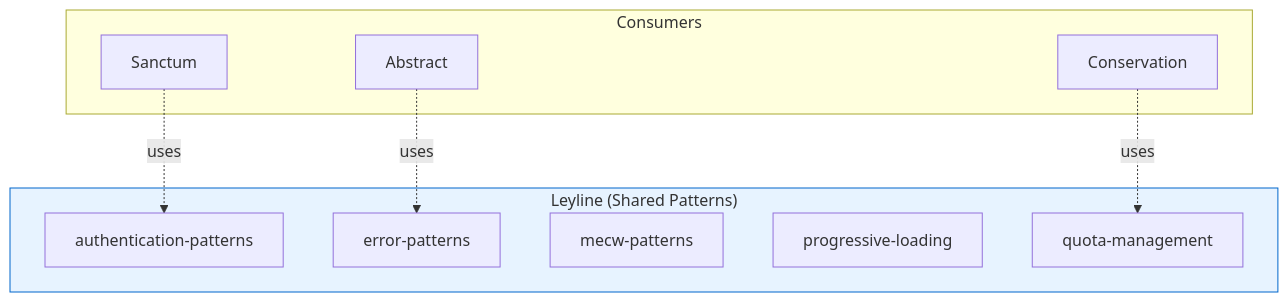
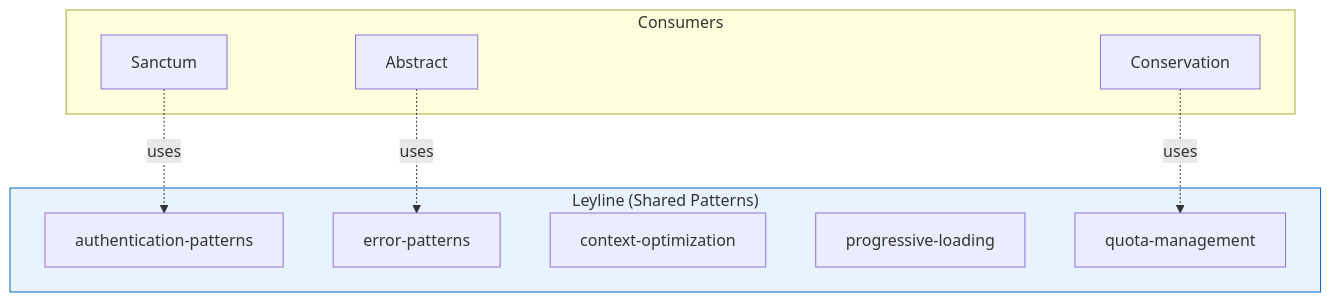
The third of 6 diagrams in docs/architecture-analysis-report.md (athola/claude-night-market), drawn with Mermaid before and after one commit. The commit also changed 163 other files, not shown here.

````diff
--- a/docs/architecture-analysis-report.md
+++ b/docs/architecture-analysis-report.md
@@ -191,22 +191,22 @@
 ```mermaid
 flowchart TB
     subgraph Leyline["Leyline (Shared Patterns)"]
         AP[authentication-patterns]
         EP[error-patterns]
-        MP[mecw-patterns]
+        MP[context-optimization]
         PL[progressive-loading]
         QM[quota-management]
     end
 
     subgraph Consumers
         A[Abstract]
         S[Sanctum]
         C[Conservation]
     end
 
     A -.->|uses| EP
     S -.->|uses| AP
     C -.->|uses| QM
 
     style Leyline fill:#e7f3ff,stroke:#0066cc
 ```
````
